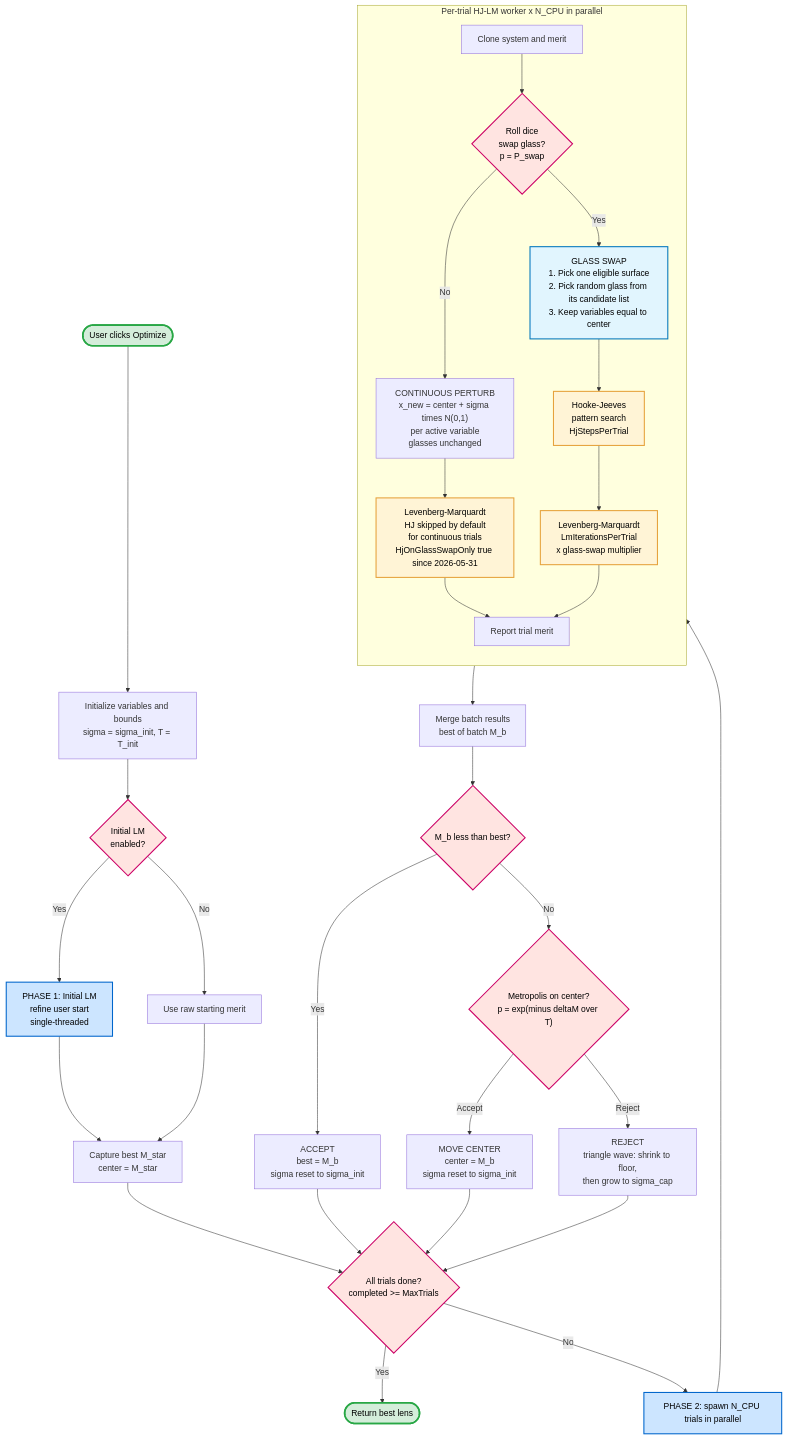
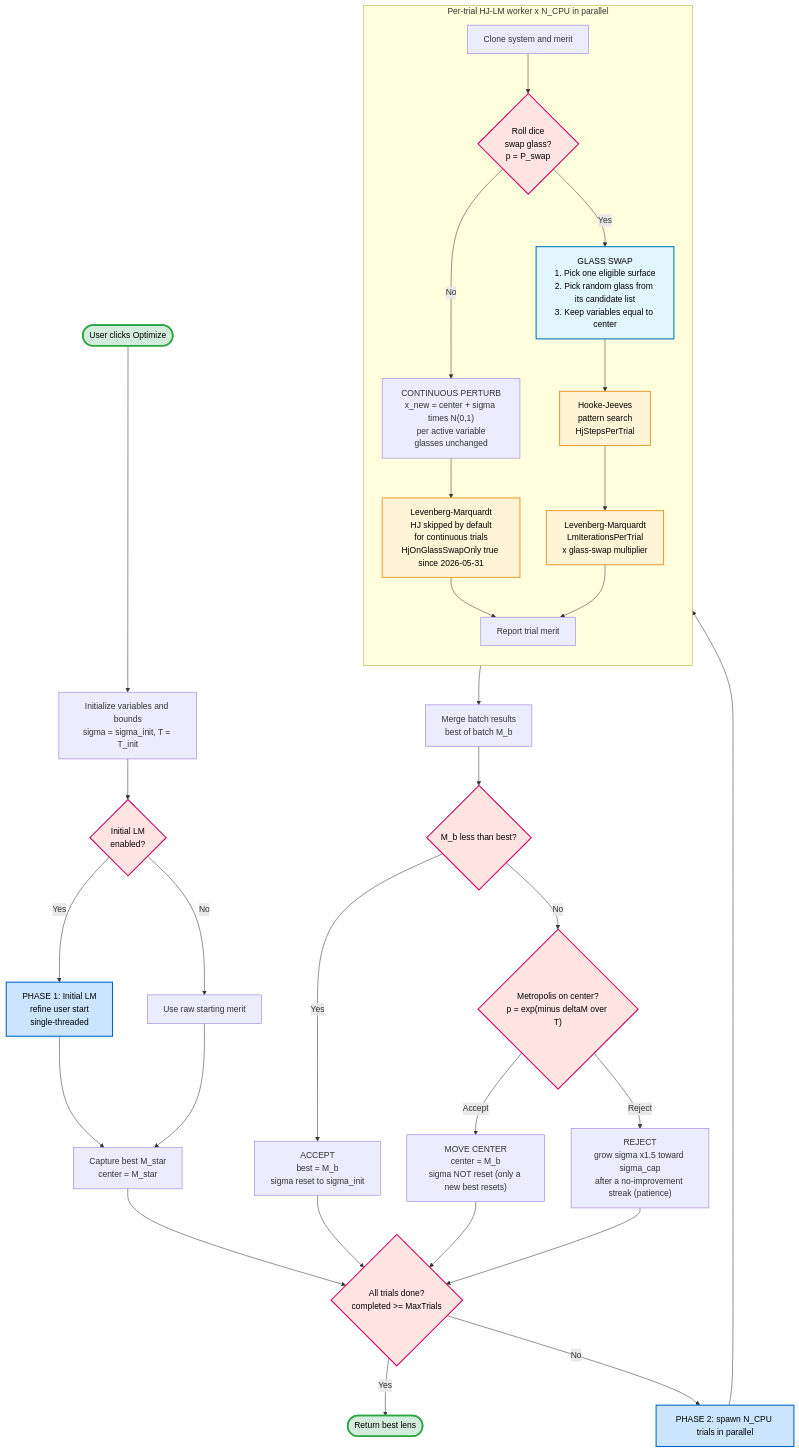
The diagram in docs/build/diagrams/1_multistart.mmd (SynapseOptics/LensHH-LT), drawn with Mermaid before and after one commit. The commit also changed 27 other files, not shown here.

```diff
--- a/docs/build/diagrams/1_multistart.mmd
+++ b/docs/build/diagrams/1_multistart.mmd
@@ -1,41 +1,41 @@
 flowchart TD
     Start(["User clicks Optimize"]) --> Init["Initialize variables and bounds<br>sigma = sigma_init, T = T_init"]
     Init --> Ph1Check{"Initial LM<br>enabled?"}
     Ph1Check -- Yes --> Ph1LM["PHASE 1: Initial LM<br>refine user start<br>single-threaded"]
     Ph1Check -- No --> Skip1["Use raw starting merit"]
     Ph1LM --> CaptureBest["Capture best M_star<br>center = M_star"]
     Skip1 --> CaptureBest
     CaptureBest --> LoopCheck{"All trials done?<br>completed >= MaxTrials"}
     LoopCheck -- Yes --> Return(["Return best lens"])
     LoopCheck -- No --> StartBatch["PHASE 2: spawn N_CPU trials in parallel"]
     StartBatch --> Trial
     subgraph Trial["Per-trial HJ-LM worker x N_CPU in parallel"]
         direction TB
         T1["Clone system and merit"] --> T2{"Roll dice<br>swap glass?<br>p = P_swap"}
         T2 -- Yes --> T3a["GLASS SWAP<br>1. Pick one eligible surface<br>2. Pick random glass from its candidate list<br>3. Keep variables equal to center"]
         T2 -- No --> T3b["CONTINUOUS PERTURB<br>x_new = center + sigma times N(0,1)<br>per active variable<br>glasses unchanged"]
         T3a --> T5["Hooke-Jeeves<br>pattern search<br>HjStepsPerTrial"]
         T3b --> T6["Levenberg-Marquardt<br>HJ skipped by default<br>for continuous trials<br>HjOnGlassSwapOnly true since 2026-05-31"]
         T5 --> T6b["Levenberg-Marquardt<br>LmIterationsPerTrial<br>x glass-swap multiplier"]
         T6 --> T7["Report trial merit"]
         T6b --> T7
     end
     Trial --> Merge["Merge batch results<br>best of batch M_b"]
     Merge --> Acc{"M_b less than best?"}
     Acc -- Yes --> Accept["ACCEPT<br>best = M_b<br>sigma reset to sigma_init"]
     Acc -- No --> Metro{"Metropolis on center?<br>p = exp(minus deltaM over T)"}
-    Metro -- Accept --> MetroAcc["MOVE CENTER<br>center = M_b<br>sigma reset to sigma_init"]
-    Metro -- Reject --> Reject["REJECT<br>triangle wave: shrink to floor,<br>then grow to sigma_cap"]
+    Metro -- Accept --> MetroAcc["MOVE CENTER<br>center = M_b<br>sigma NOT reset (only a new best resets)"]
+    Metro -- Reject --> Reject["REJECT<br>grow sigma x1.5 toward sigma_cap<br>after a no-improvement streak (patience)"]
     Accept --> LoopCheck
     MetroAcc --> LoopCheck
     Reject --> LoopCheck
     classDef expensive fill:#fff4d6,stroke:#e6a23c,stroke-width:2px,color:#000
     classDef phase fill:#cce5ff,stroke:#0066cc,stroke-width:2px,color:#000
     classDef decision fill:#ffe4e1,stroke:#cc0066,stroke-width:2px,color:#000
     classDef terminal fill:#d4edda,stroke:#28a745,stroke-width:3px,color:#000
     classDef glass fill:#e1f5fe,stroke:#0277bd,stroke-width:2px,color:#000
     class T5,T6,T6b expensive
     class Ph1LM,StartBatch phase
     class T2,Acc,Metro,LoopCheck,Ph1Check decision
     class Start,Return terminal
     class T3a glass
```
